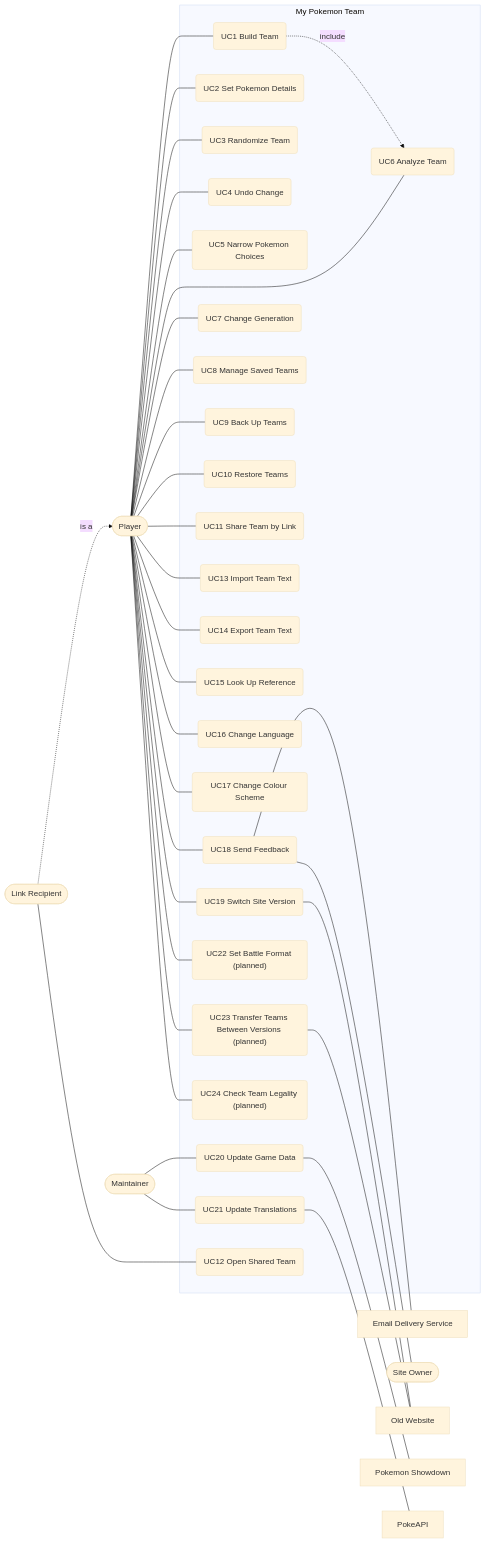
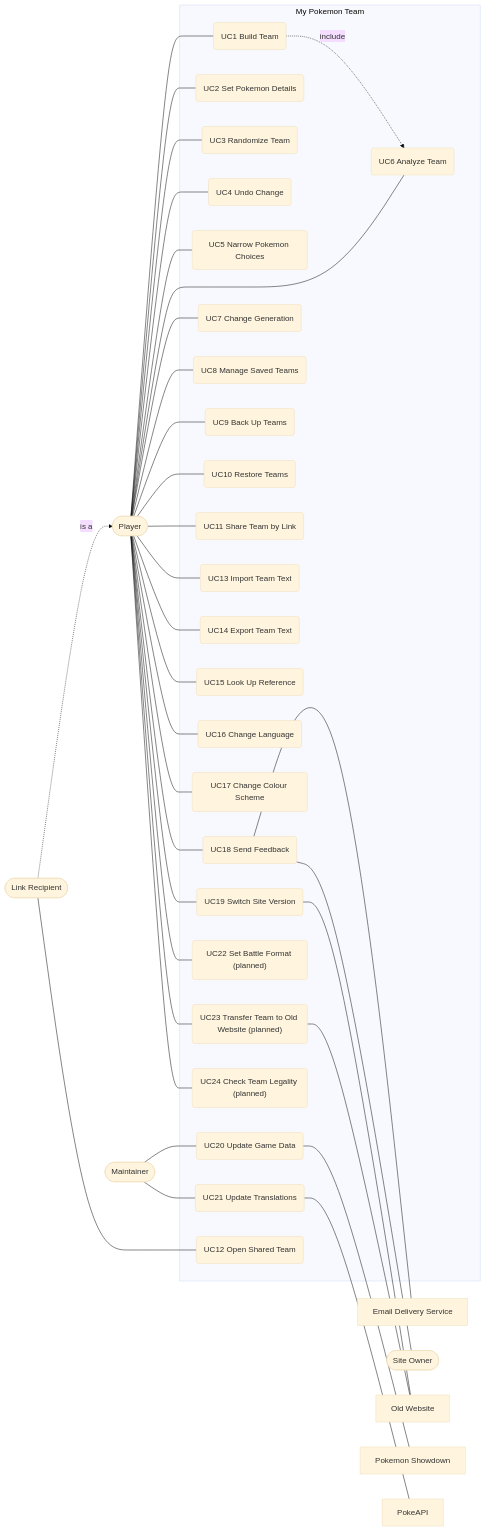
Before and after one commit to projeffboy/my-pokemon-team: the first of 3 diagrams in docs/requirements/05-system-requirements-specification.md, drawn with Mermaid (base theme). The commit also changed other lines of this file and 14 other files, not shown here.

````diff
--- a/docs/requirements/05-system-requirements-specification.md
+++ b/docs/requirements/05-system-requirements-specification.md
@@ -92,49 +93,49 @@
 ```mermaid
 flowchart LR
   Player(["Player"])
   Recipient(["Link Recipient"])
   Maintainer(["Maintainer"])
   Owner(["Site Owner"])
   Recipient -. "is a" .-> Player
   subgraph Site["My Pokemon Team"]
     UC1("UC1 Build Team")
     UC2("UC2 Set Pokemon Details")
     UC3("UC3 Randomize Team")
     UC4("UC4 Undo Change")
     UC5("UC5 Narrow Pokemon Choices")
     UC6("UC6 Analyze Team")
     UC7("UC7 Change Generation")
     UC8("UC8 Manage Saved Teams")
     UC9("UC9 Back Up Teams")
     UC10("UC10 Restore Teams")
     UC11("UC11 Share Team by Link")
     UC12("UC12 Open Shared Team")
     UC13("UC13 Import Team Text")
     UC14("UC14 Export Team Text")
     UC15("UC15 Look Up Reference")
     UC16("UC16 Change Language")
     UC17("UC17 Change Colour Scheme")
     UC18("UC18 Send Feedback")
     UC19("UC19 Switch Site Version")
     UC20("UC20 Update Game Data")
     UC21("UC21 Update Translations")
     UC22("UC22 Set Battle Format (planned)")
-    UC23("UC23 Transfer Teams Between Versions (planned)")
+    UC23("UC23 Transfer Team to Old Website (planned)")
     UC24("UC24 Check Team Legality (planned)")
   end
   Showdown["Pokemon Showdown"]
   PokeAPI["PokeAPI"]
   Mail["Email Delivery Service"]
   OldSite["Old Website"]
   Player --- UC1 & UC2 & UC3 & UC4 & UC5 & UC6 & UC7 & UC8 & UC9 & UC10
   Player --- UC11 & UC13 & UC14 & UC15 & UC16 & UC17 & UC18 & UC19 & UC22 & UC23 & UC24
   Recipient --- UC12
   Maintainer --- UC20 & UC21
   UC1 -. "include" .-> UC6
   UC18 --- Mail
   UC18 --- Owner
   UC19 --- OldSite
   UC23 --- OldSite
   UC20 --- Showdown
   UC21 --- PokeAPI
 ```
````
